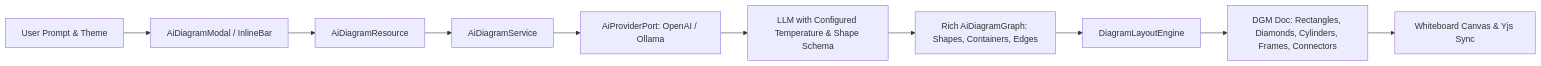
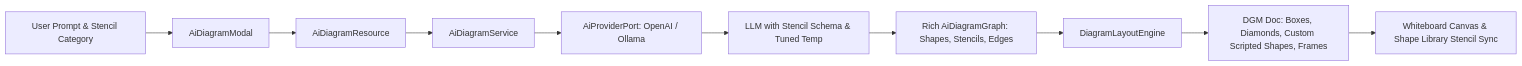
One commit to florianschiller/floxboard changed the diagram in .junie/plans/tune-ai-creativity-and-shape-diversity.md. Above: the diagram before and after it, drawn with Mermaid. The commit also changed other lines of this file and 80 other files, not shown here.

Commit message:
Extend WhiteboardConfigModal UI for dark mode compatibility and enhance stencil support with domain-specific shape categories.

````diff
--- a/.junie/plans/tune-ai-creativity-and-shape-diversity.md
+++ b/.junie/plans/tune-ai-creativity-and-shape-diversity.md
@@ -139,12 +154,12 @@
 ```mermaid
 graph LR
-    User[User Prompt & Theme] --> Modal[AiDiagramModal / InlineBar]
+    User[User Prompt & Stencil Category] --> Modal[AiDiagramModal]
     Modal --> REST[AiDiagramResource]
     REST --> Service[AiDiagramService]
     Service --> Provider[AiProviderPort: OpenAI / Ollama]
-    Provider --> LLM[LLM with Configured Temperature & Shape Schema]
-    LLM --> Graph[Rich AiDiagramGraph: Shapes, Containers, Edges]
+    Provider --> LLM[LLM with Stencil Schema & Tuned Temp]
+    LLM --> Graph[Rich AiDiagramGraph: Shapes, Stencils, Edges]
     Graph --> Engine[DiagramLayoutEngine]
-    Engine --> DGM[DGM Doc: Rectangles, Diamonds, Cylinders, Frames, Connectors]
-    DGM --> Canvas[Whiteboard Canvas & Yjs Sync]
+    Engine --> DGM[DGM Doc: Boxes, Diamonds, Custom Scripted Shapes, Frames]
+    DGM --> Canvas[Whiteboard Canvas & Shape Library Stencil Sync]
 ```
````
